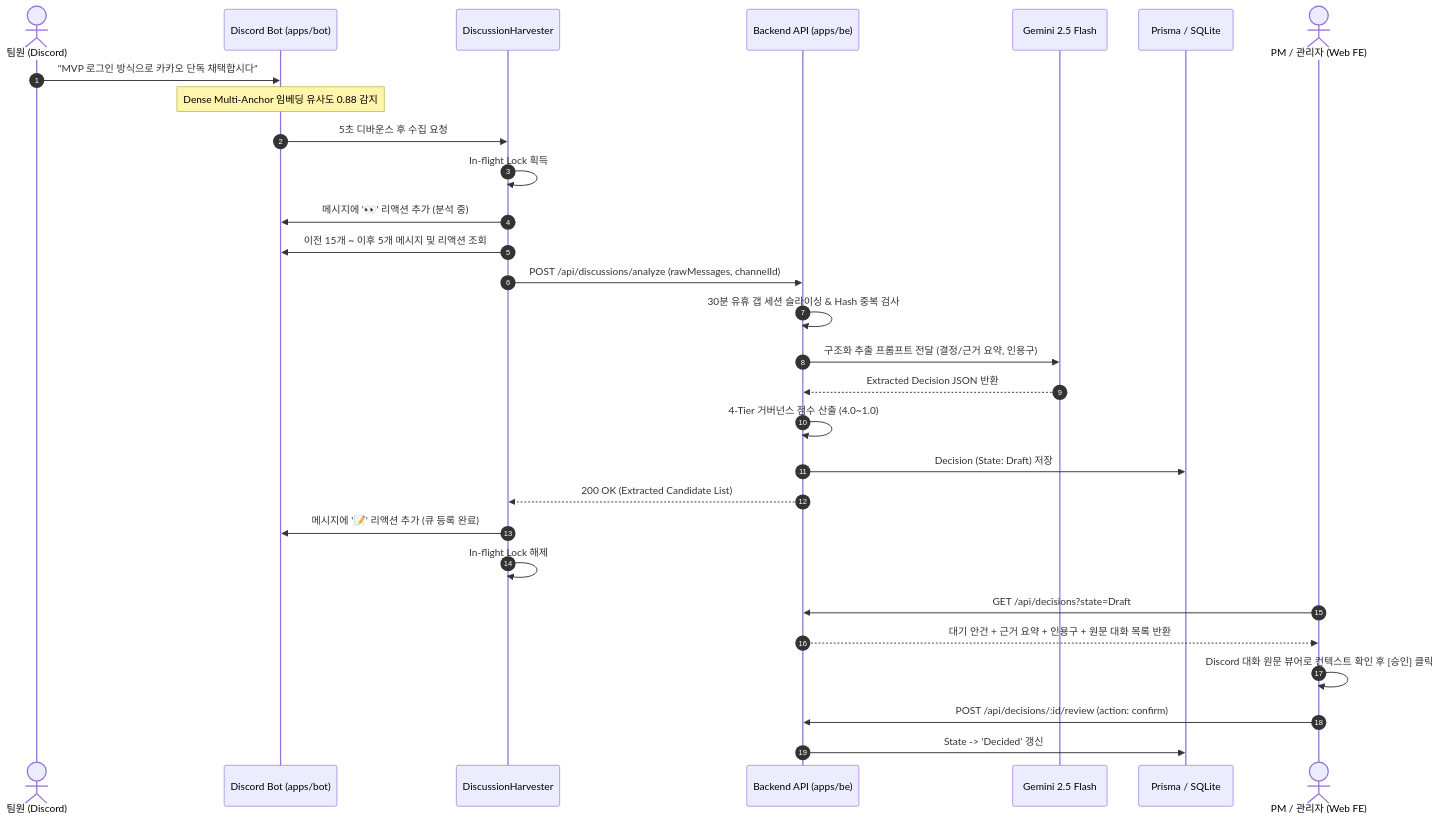
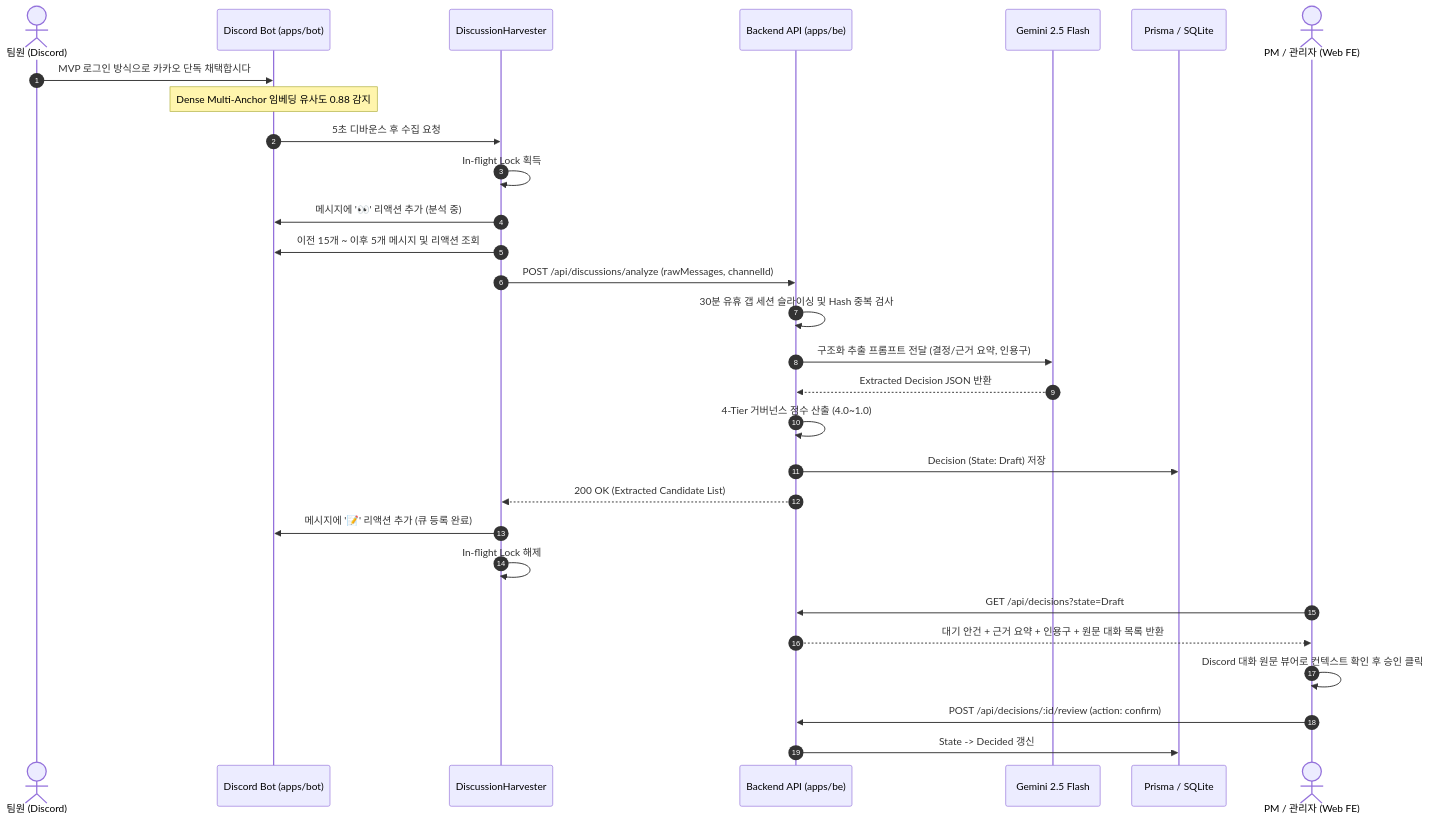
The third of 3 diagrams in docs/diagrams/discord-bot-architecture.md (WooDDANG/ggadak), drawn with Mermaid before and after one commit. The commit also changed other lines of this file, not shown here.

Commit message:
fix(docs): resolve Mermaid syntax error and improve renderer compatibility

````diff
--- a/docs/diagrams/discord-bot-architecture.md
+++ b/docs/diagrams/discord-bot-architecture.md
@@ -122,38 +118,38 @@
 ```mermaid
 sequenceDiagram
     autonumber
     actor User as 팀원 (Discord)
     participant Bot as Discord Bot (apps/bot)
     participant Harvester as DiscussionHarvester
     participant BE as Backend API (apps/be)
     participant AI as Gemini 2.5 Flash
     participant DB as Prisma / SQLite
     actor PM as PM / 관리자 (Web FE)
 
-    User->>Bot: "MVP 로그인 방식으로 카카오 단독 채택합시다"
+    User->>Bot: MVP 로그인 방식으로 카카오 단독 채택합시다
     Note over Bot: Dense Multi-Anchor 임베딩 유사도 0.88 감지
     Bot->>Harvester: 5초 디바운스 후 수집 요청
     
     Harvester->>Harvester: In-flight Lock 획득
     Harvester->>Bot: 메시지에 '👀' 리액션 추가 (분석 중)
     Harvester->>Bot: 이전 15개 ~ 이후 5개 메시지 및 리액션 조회
     
     Harvester->>BE: POST /api/discussions/analyze (rawMessages, channelId)
     
-    BE->>BE: 30분 유휴 갭 세션 슬라이싱 & Hash 중복 검사
+    BE->>BE: 30분 유휴 갭 세션 슬라이싱 및 Hash 중복 검사
     BE->>AI: 구조화 추출 프롬프트 전달 (결정/근거 요약, 인용구)
     AI-->>BE: Extracted Decision JSON 반환
     
     BE->>BE: 4-Tier 거버넌스 점수 산출 (4.0~1.0)
     BE->>DB: Decision (State: Draft) 저장
     BE-->>Harvester: 200 OK (Extracted Candidate List)
     
     Harvester->>Bot: 메시지에 '📝' 리액션 추가 (큐 등록 완료)
     Harvester->>Harvester: In-flight Lock 해제
     
     PM->>BE: GET /api/decisions?state=Draft
     BE-->>PM: 대기 안건 + 근거 요약 + 인용구 + 원문 대화 목록 반환
-    PM->>PM: Discord 대화 원문 뷰어로 컨텍스트 확인 후 [승인] 클릭
+    PM->>PM: Discord 대화 원문 뷰어로 컨텍스트 확인 후 승인 클릭
     PM->>BE: POST /api/decisions/:id/review (action: confirm)
-    BE->>DB: State -> 'Decided' 갱신
+    BE->>DB: State -> Decided 갱신
 ```
````
